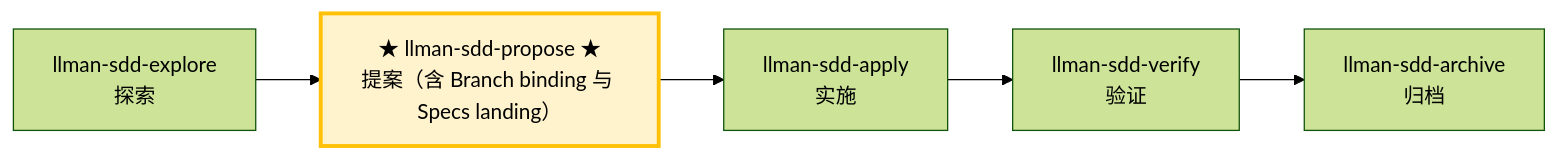
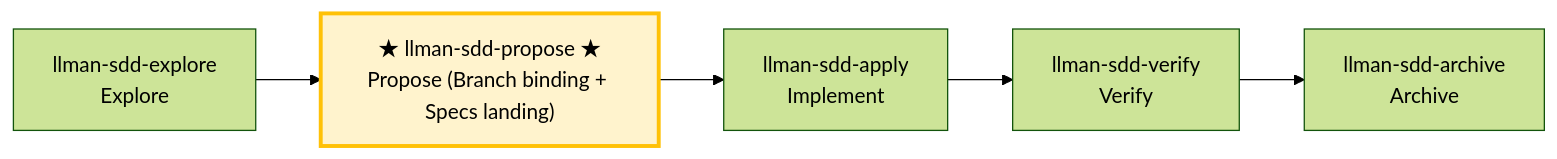
The second of 2 diagrams in .agents/skills/llman-sdd-propose/SKILL.md (StrayDragon/xylitol), drawn with Mermaid (forest theme) before and after one commit. The commit also changed other lines of this file and 152 other files, not shown here.

First line of the commit message:
spec(sdd): migrate to single-track feature-as-spec (llman 0.0.68)

````diff
--- a/.agents/skills/llman-sdd-propose/SKILL.md
+++ b/.agents/skills/llman-sdd-propose/SKILL.md
@@ -58,10 +58,10 @@
 ```mermaid
 flowchart LR
-    explore["llman-sdd-explore<br/>探索"] --> propose
-    propose["★ llman-sdd-propose ★<br/>提案（含 Branch binding 与 Specs landing）"]
-    propose --> apply["llman-sdd-apply<br/>实施"]
-    apply --> verify["llman-sdd-verify<br/>验证"]
-    verify --> archive["llman-sdd-archive<br/>归档"]
+    explore["llman-sdd-explore<br/>Explore"] --> propose
+    propose["★ llman-sdd-propose ★<br/>Propose (Branch binding + Specs landing)"]
+    propose --> apply["llman-sdd-apply<br/>Implement"]
+    apply --> verify["llman-sdd-verify<br/>Verify"]
+    verify --> archive["llman-sdd-archive<br/>Archive"]
 
     style propose fill:#fff3cd,stroke:#ffc107,stroke-width:3px
 ```
````
